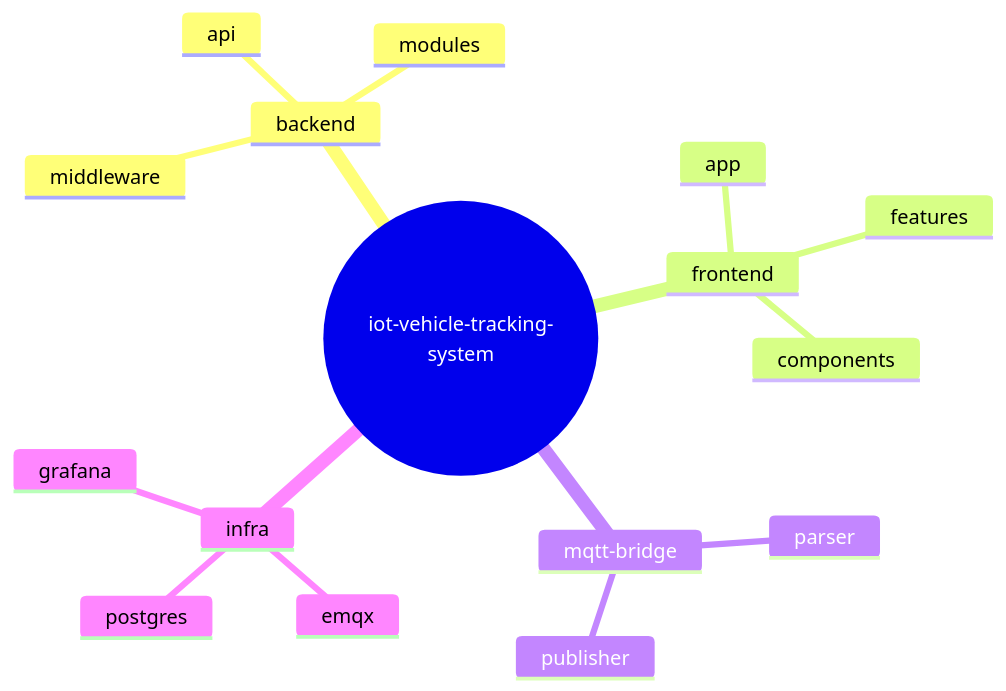
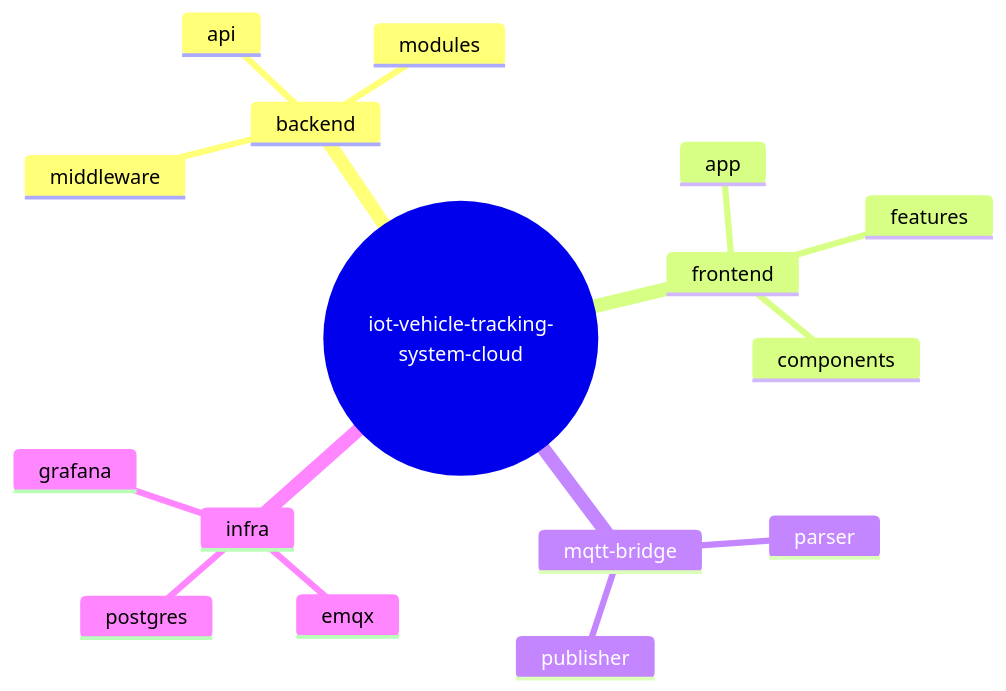
Before and after one commit to anmh1205/IoT_Vehicle_Tracking_System: the diagram in resources/reports/thesis/final/assets/uml/09-chuong-4-trien-khai-cloud-hinh-4-16.mmd, drawn with Mermaid. The commit also changed 827 other files, not shown here.

```diff
--- a/resources/reports/thesis/final/assets/uml/09-chuong-4-trien-khai-cloud-hinh-4-16.mmd
+++ b/resources/reports/thesis/final/assets/uml/09-chuong-4-trien-khai-cloud-hinh-4-16.mmd
@@ -1,17 +1,17 @@
 mindmap
-  root((iot-vehicle-tracking-system))
+  root((iot-vehicle-tracking-system-cloud))
     backend
       api
       modules
       middleware
     frontend
       app
       features
       components
     mqtt-bridge
       parser
       publisher
     infra
       emqx
       postgres
       grafana
```
